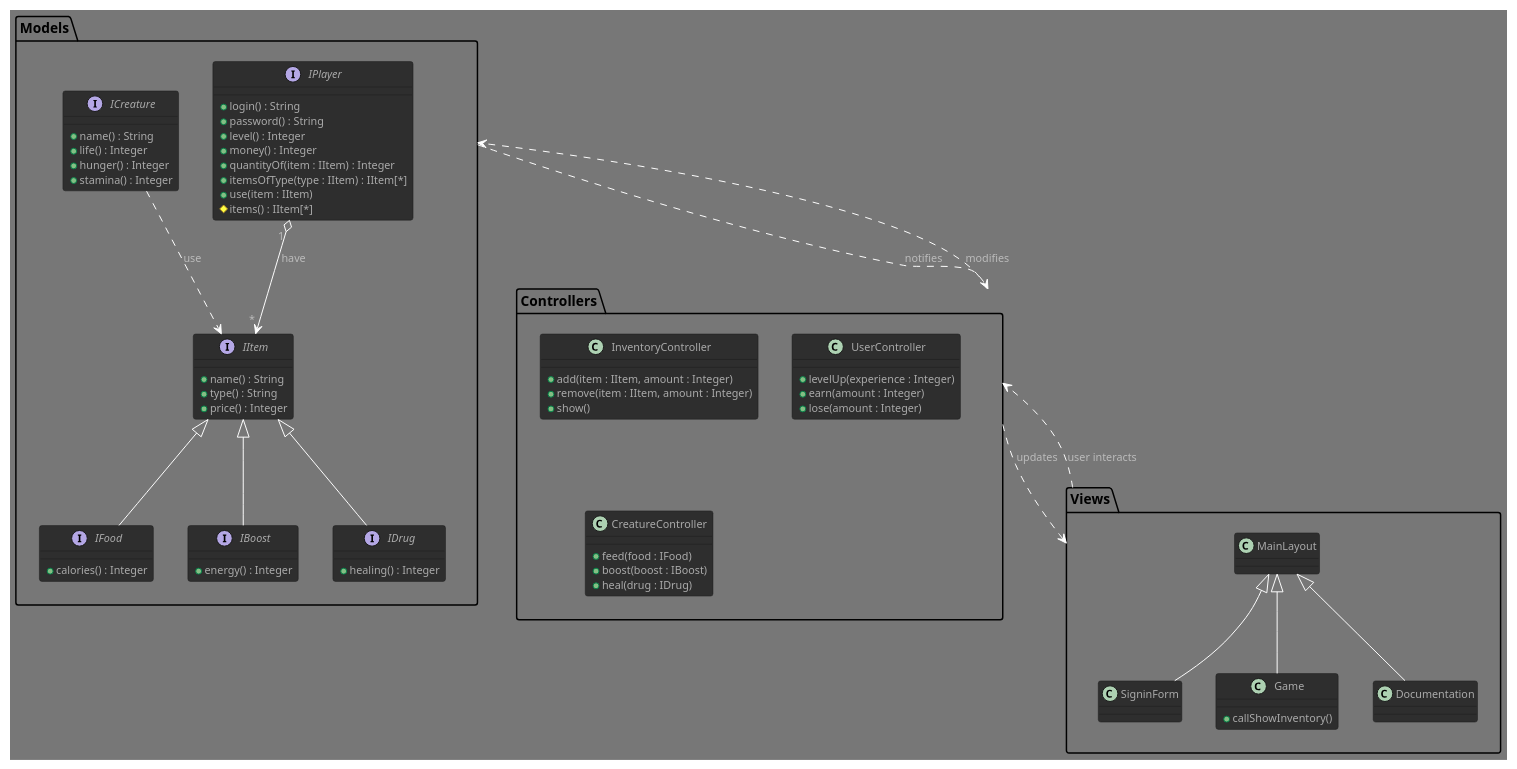
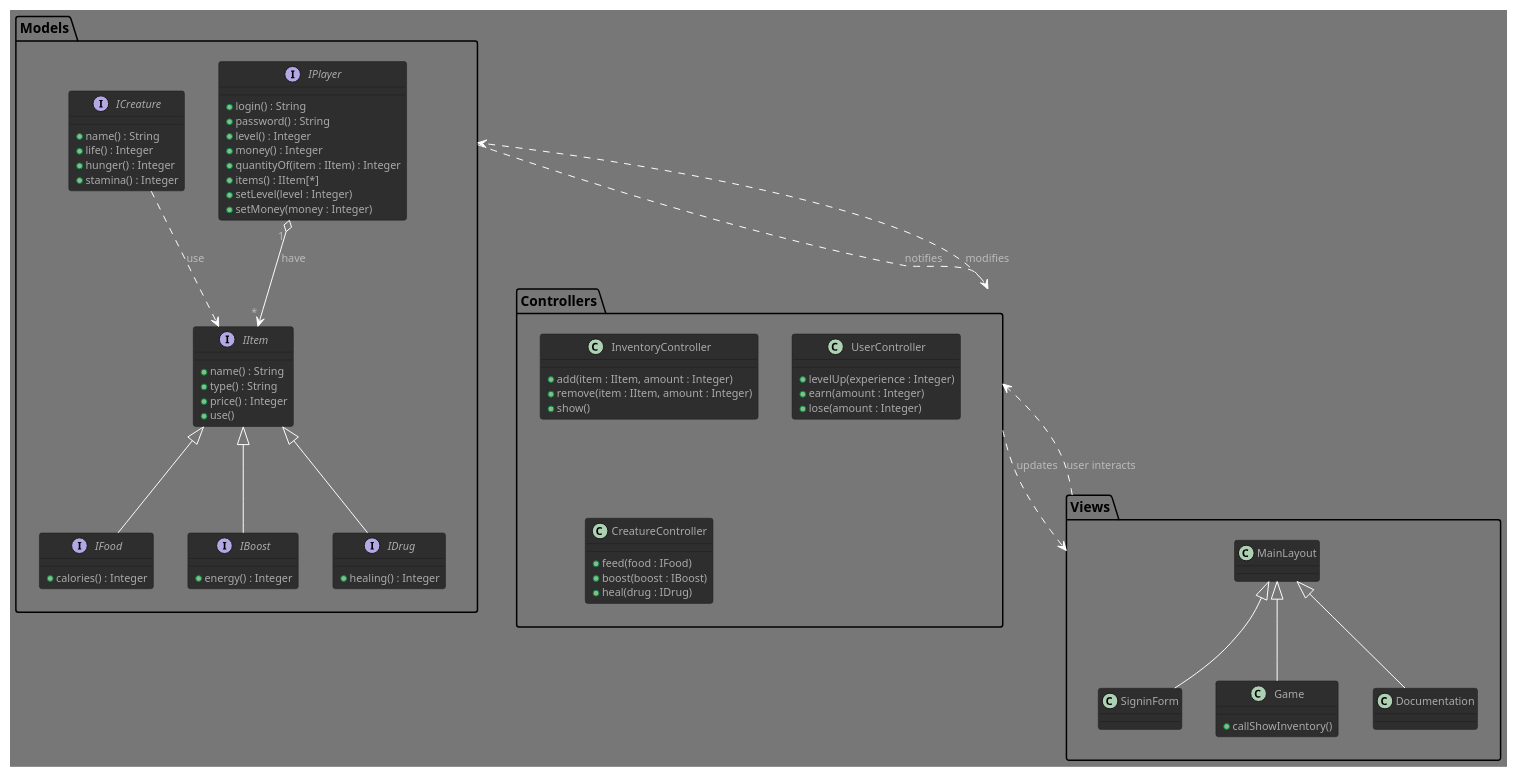
The diagram in VirtualNoe.puml (GlazKrovi/VirtualNoe), drawn with PlantUML before and after one commit. The commit also changed 4 other files, not shown here.

```diff
--- a/VirtualNoe.puml
+++ b/VirtualNoe.puml
@@ -1,100 +1,101 @@
 @startuml VirtualNoe
 
 !theme reddress-darkgreen
 
 package Models
 {
     interface IPlayer
     {
         + login() : String
         + password() : String
         + level() : Integer
         + money() : Integer
         + quantityOf(item : IItem) : Integer
-        + itemsOfType(type : IItem) : IItem[*]
-        + use(item : IItem)             /' TODO '/
-        # items() : IItem[*]
+        + items() : IItem[*]
+        + setLevel(level : Integer)
+        + setMoney(money : Integer)
     }
 
     interface IItem
     {
         + name() : String
         + type() : String
         + price() : Integer
+        + use()     /' the way the objet is consumed '/
     }
 
     interface IFood implements IItem
     {
         /' number of points added to hunger gauge '/
         + calories() : Integer  
     }
 
     interface IBoost implements IItem
     {
         /' number of points added to stamina gauge '/
         + energy() : Integer
     }
 
     interface IDrug implements IItem
     {
         /' number of points added to life gauge '/
         + healing() : Integer
     }
 
     interface ICreature 
     { 
         + name() : String
         + life() : Integer
         + hunger() : Integer
         + stamina() : Integer
     }
 }
 
 package Controllers 
 { 
-    class InventoryController
+    class InventoryController   /' use IPlayer '/
     {
         + add(item : IItem, amount : Integer) 
         + remove(item : IItem, amount : Integer)
         + show()
     }
 
     class UserController
     {
         /' Authentication system managed by laravel'/
         + levelUp(experience : Integer)
         + earn(amount : Integer) /' money '/
         + lose(amount : Integer) /' money '/
     }
 
     class CreatureController
     {
         + feed(food : IFood)
         + boost(boost : IBoost)
         + heal(drug : IDrug)
     }
 }
 
 package Views 
 { 
     class MainLayout
     class SigninForm extends MainLayout   /' home, index '/
     class Game extends MainLayout   /' main game window '/
     {
         + callShowInventory()
     }
     class Documentation extends MainLayout   /' tutorial, etc. '/
 }
 
 /' RELATIONS '/
 IPlayer" 1 " o--> " * "IItem : have
 ICreature ..> IItem : use               /' TODO - not sure '/
 
 
 /' MVC '/
 Controllers ..> Models : modifies
 Controllers ..> Views : updates
 Views ..> Controllers : user interacts
 Models ..> Controllers : notifies 
 
 @enduml
```
